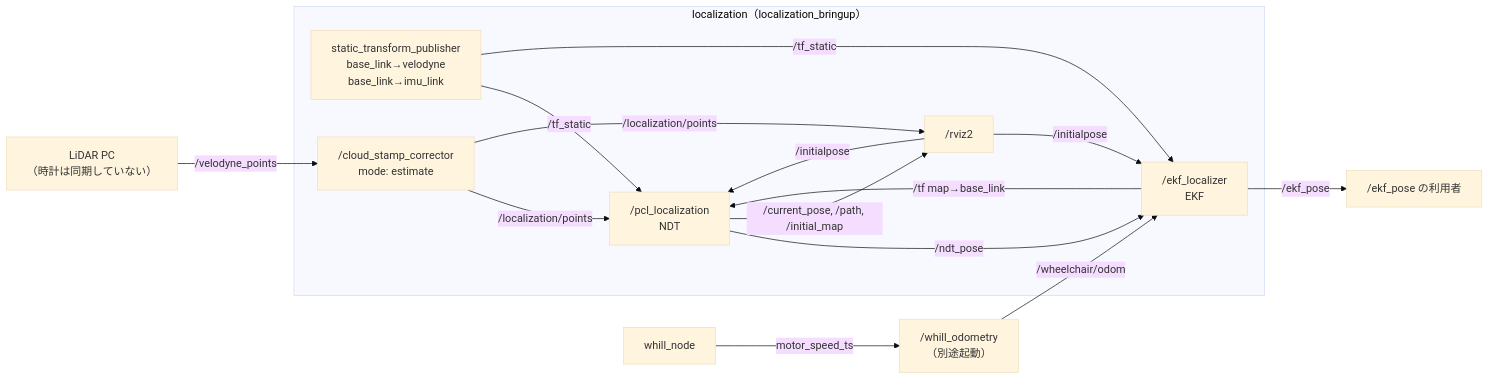
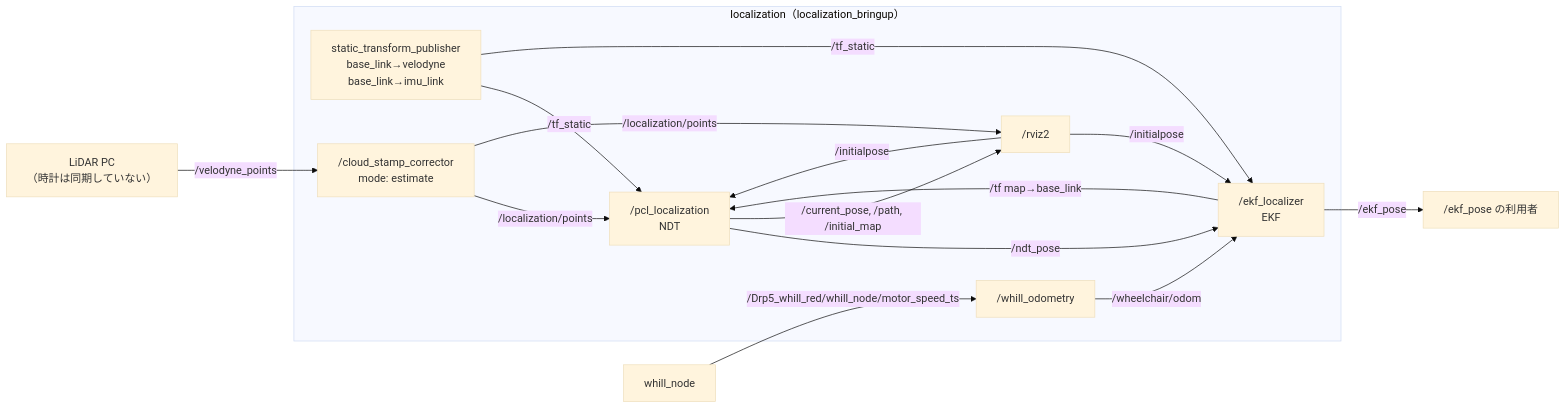
One commit to MaeharaTakumi/localization_bringup changed the second of 3 diagrams in docs/node_graph.md. Above: the diagram before and after it, drawn with Mermaid (base theme). The commit also changed 5 other files, not shown here.

First line of the commit message:
環境ファイルの設定で whill_odometry を起動する

````diff
--- a/docs/node_graph.md
+++ b/docs/node_graph.md
@@ -51,32 +51,31 @@
 ```mermaid
 flowchart LR
   lidar["LiDAR PC<br/>（時計は同期していない）"]
   whill["whill_node"]
-  wodom["/whill_odometry<br/>（別途起動）"]
-
   subgraph LOC["localization（localization_bringup）"]
+    wodom["/whill_odometry"]
     stf["static_transform_publisher<br/>base_link→velodyne<br/>base_link→imu_link"]
     csc["/cloud_stamp_corrector<br/>mode: estimate"]
     ndt["/pcl_localization<br/>NDT"]
     ekf["/ekf_localizer<br/>EKF"]
     rviz["/rviz2"]
   end
 
   user["/ekf_pose の利用者"]
 
   lidar -->|"/velodyne_points"| csc
   csc -->|"/localization/points"| ndt
-  whill -->|"motor_speed_ts"| wodom
+  whill -->|"/Drp5_whill_red/whill_node/motor_speed_ts"| wodom
   wodom -->|"/wheelchair/odom"| ekf
   stf -->|"/tf_static"| ndt
   stf -->|"/tf_static"| ekf
 
   ndt -->|"/ndt_pose"| ekf
   ekf -->|"/tf map→base_link"| ndt
   ekf -->|"/ekf_pose"| user
 
   csc -->|"/localization/points"| rviz
   ndt -->|"/current_pose, /path, /initial_map"| rviz
   rviz -->|"/initialpose"| ndt
   rviz -->|"/initialpose"| ekf
 ```
````
